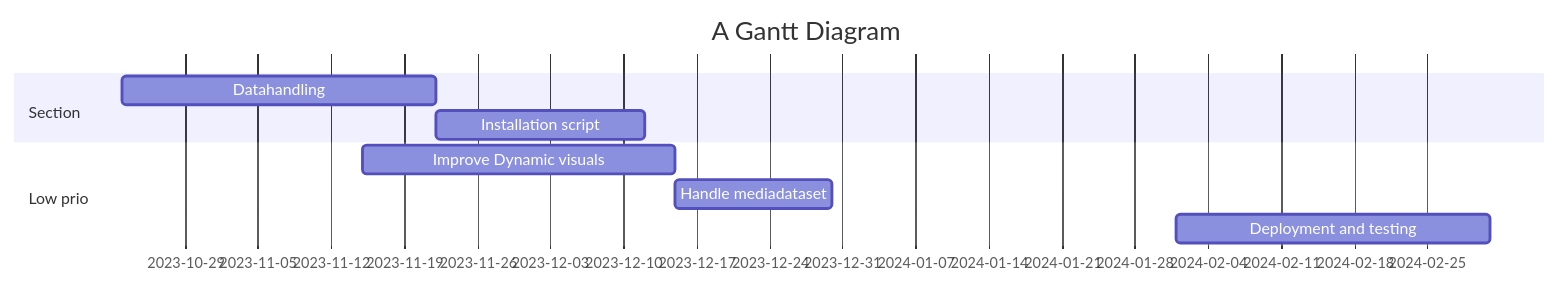
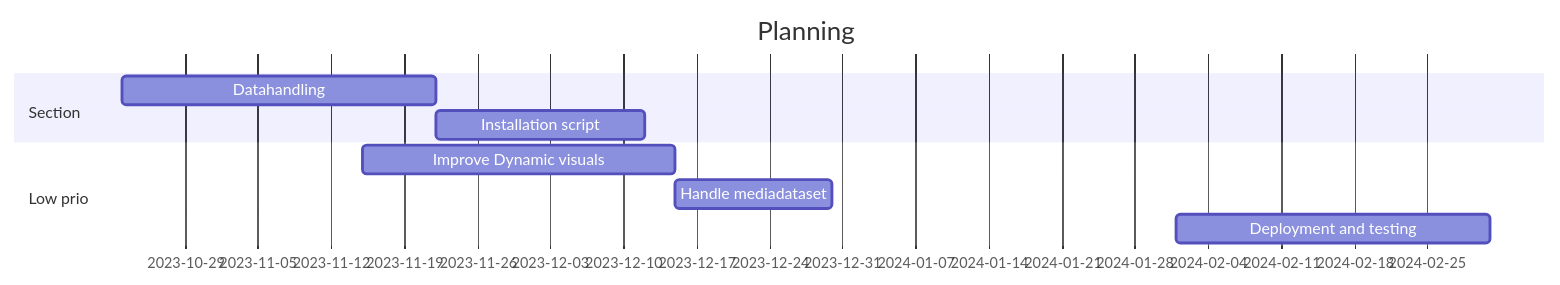
One commit to c-toolbox/Digital-Twin-City-Platform-UE-Public changed the diagram in README.md. Above: the diagram before and after it, drawn with Mermaid.

````diff
--- a/README.md
+++ b/README.md
@@ -42,12 +42,12 @@
 ```mermaid
 gantt
-    title A Gantt Diagram
+    title Planning
     dateFormat  YYYY-MM-DD
     section Section
     Datahandling             :a1, 2023-10-23, 30d
     Installation script      :after a1  , 20d
     section Low prio
     Improve Dynamic visuals  :a2, 2023-11-15, 30d
     Handle mediadataset      :after a2, 15d
     Deployment and testing   :a3, 2024-02-01, 30d
 ```
````
